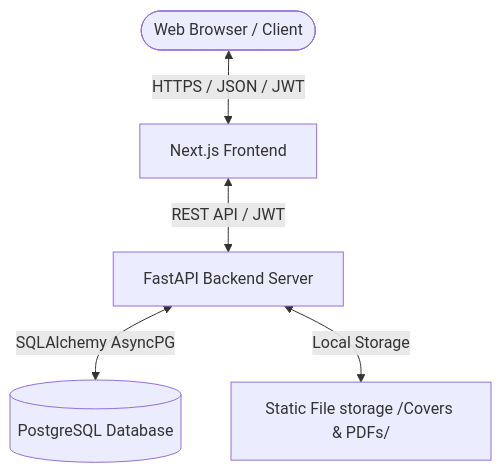
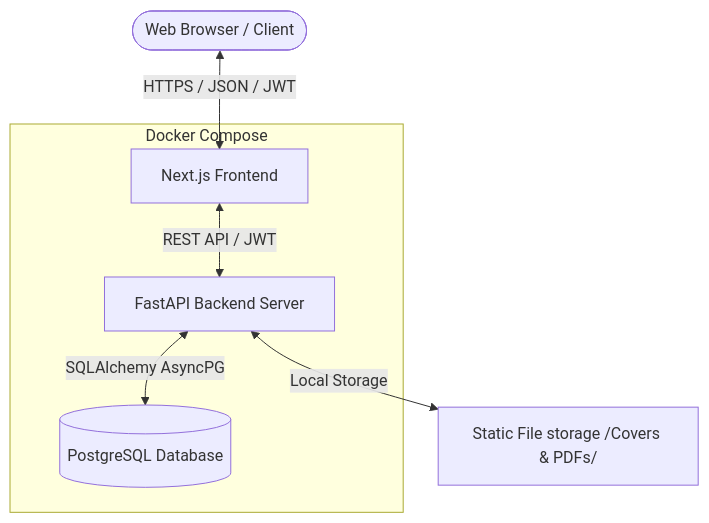
One commit to Phoomss/UniResearch changed the diagram in README.md. Above: the diagram before and after it, drawn with Mermaid. The commit also changed other lines of this file and 2 other files, not shown here.

Commit message:
feat: Update README files to enhance Docker setup instructions and project structure details

````diff
--- a/README.md
+++ b/README.md
@@ -13,7 +13,13 @@
 ```mermaid
 graph TD
     User([Web Browser / Client]) <-->|HTTPS / JSON / JWT| Frontend[Next.js Frontend]
     Frontend <-->|REST API / JWT| Backend[FastAPI Backend Server]
     Backend <-->|SQLAlchemy AsyncPG| DB[(PostgreSQL Database)]
     Backend <-->|Local Storage| Disk[Static File storage /Covers & PDFs/]
+
+    subgraph Docker Compose
+        Frontend
+        Backend
+        DB
+    end
 ```
````
